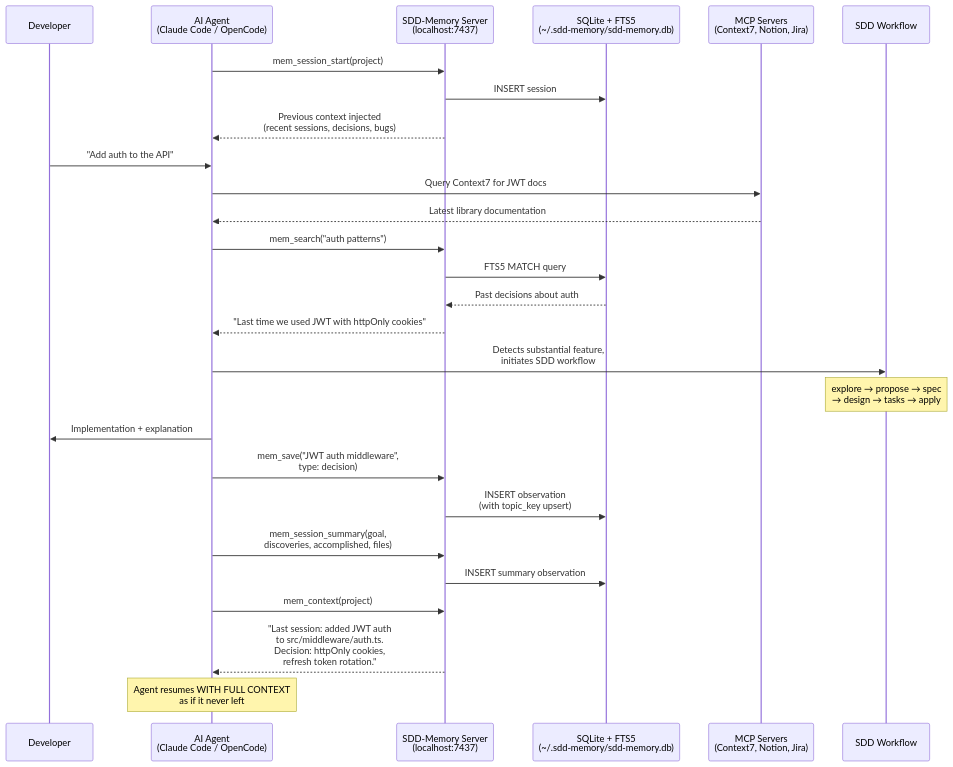
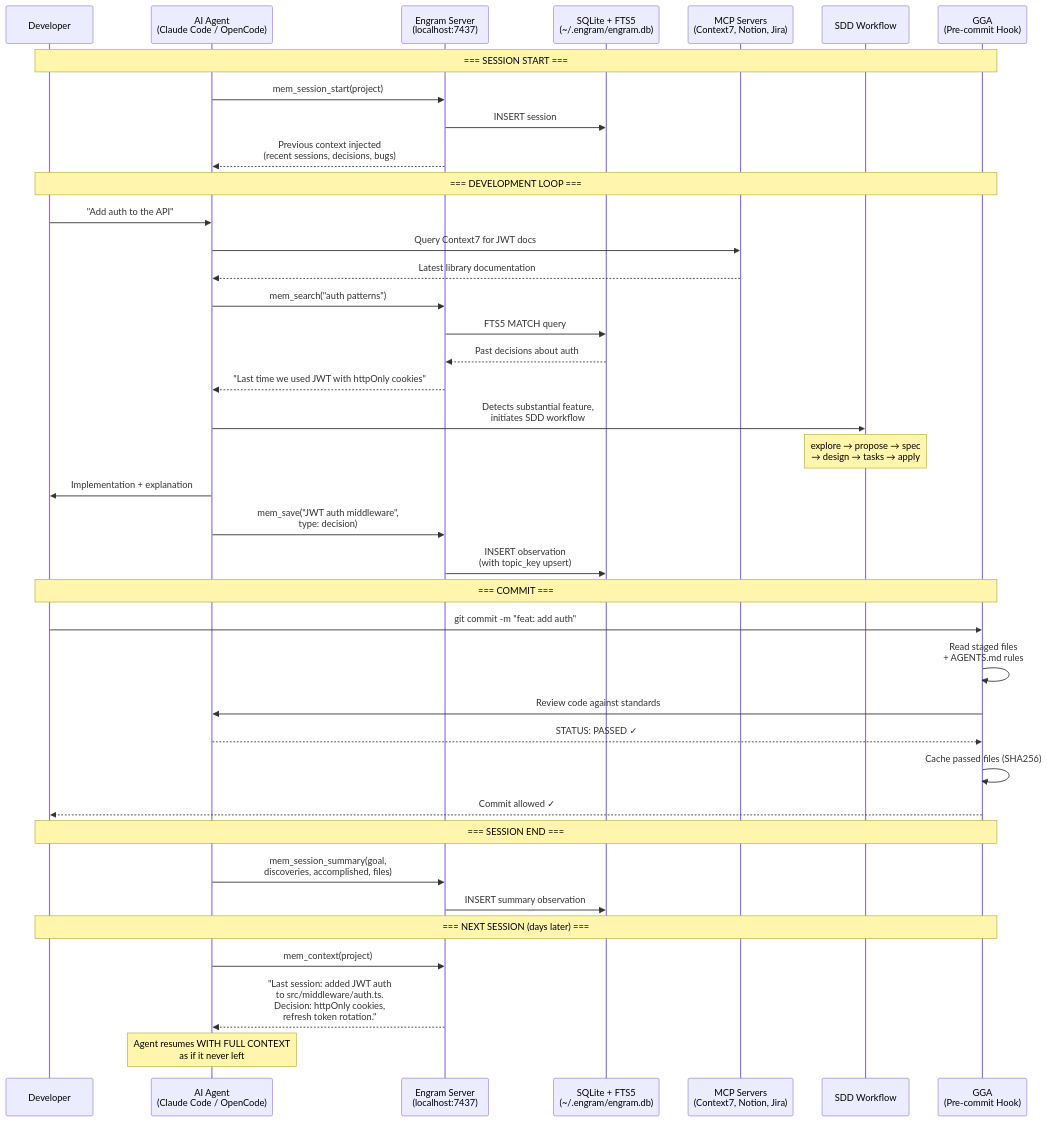
One commit to KevG1t/SpecAI changed the fifth of 7 diagrams in PRD.md. Above: the diagram before and after it, drawn with Mermaid. The commit also changed other lines of this file and 644 other files, not shown here.

````diff
--- a/PRD.md
+++ b/PRD.md
@@ -802,42 +880,54 @@
 ```mermaid
 sequenceDiagram
     participant Dev as Developer
     participant Agent as AI Agent<br/>(Claude Code / OpenCode)
-    participant SDD-Memory as SDD-Memory Server<br/>(localhost:7437)
-    participant DB as SQLite + FTS5<br/>(~/.sdd-memory/sdd-memory.db)
+    participant Engram as Engram Server<br/>(localhost:7437)
+    participant DB as SQLite + FTS5<br/>(~/.engram/engram.db)
     participant MCP as MCP Servers<br/>(Context7, Notion, Jira)
     participant SDD as SDD Workflow
+    participant GGA as GGA<br/>(Pre-commit Hook)
 
+    Note over Dev,GGA: === SESSION START ===
 
-    Agent->>SDD-Memory: mem_session_start(project)
-    SDD-Memory->>DB: INSERT session
-    SDD-Memory-->>Agent: Previous context injected<br/>(recent sessions, decisions, bugs)
+    Agent->>Engram: mem_session_start(project)
+    Engram->>DB: INSERT session
+    Engram-->>Agent: Previous context injected<br/>(recent sessions, decisions, bugs)
 
+    Note over Dev,GGA: === DEVELOPMENT LOOP ===
 
     Dev->>Agent: "Add auth to the API"
     Agent->>MCP: Query Context7 for JWT docs
     MCP-->>Agent: Latest library documentation
-    Agent->>SDD-Memory: mem_search("auth patterns")
-    SDD-Memory->>DB: FTS5 MATCH query
-    DB-->>SDD-Memory: Past decisions about auth
-    SDD-Memory-->>Agent: "Last time we used JWT with httpOnly cookies"
+    Agent->>Engram: mem_search("auth patterns")
+    Engram->>DB: FTS5 MATCH query
+    DB-->>Engram: Past decisions about auth
+    Engram-->>Agent: "Last time we used JWT with httpOnly cookies"
 
     Agent->>SDD: Detects substantial feature,<br/>initiates SDD workflow
     Note over SDD: explore → propose → spec<br/>→ design → tasks → apply
 
     Agent->>Dev: Implementation + explanation
 
-    Agent->>SDD-Memory: mem_save("JWT auth middleware",<br/>type: decision)
-    SDD-Memory->>DB: INSERT observation<br/>(with topic_key upsert)
+    Agent->>Engram: mem_save("JWT auth middleware",<br/>type: decision)
+    Engram->>DB: INSERT observation<br/>(with topic_key upsert)
 
+    Note over Dev,GGA: === COMMIT ===
 
+    Dev->>GGA: git commit -m "feat: add auth"
+    GGA->>GGA: Read staged files<br/>+ AGENTS.md rules
+    GGA->>Agent: Review code against standards
+    Agent-->>GGA: STATUS: PASSED ✓
+    GGA->>GGA: Cache passed files (SHA256)
+    GGA-->>Dev: Commit allowed ✓
 
+    Note over Dev,GGA: === SESSION END ===
 
-    Agent->>SDD-Memory: mem_session_summary(goal,<br/>discoveries, accomplished, files)
-    SDD-Memory->>DB: INSERT summary observation
+    Agent->>Engram: mem_session_summary(goal,<br/>discoveries, accomplished, files)
+    Engram->>DB: INSERT summary observation
 
+    Note over Dev,GGA: === NEXT SESSION (days later) ===
 
-    Agent->>SDD-Memory: mem_context(project)
-    SDD-Memory-->>Agent: "Last session: added JWT auth<br/>to src/middleware/auth.ts.<br/>Decision: httpOnly cookies,<br/>refresh token rotation."
+    Agent->>Engram: mem_context(project)
+    Engram-->>Agent: "Last session: added JWT auth<br/>to src/middleware/auth.ts.<br/>Decision: httpOnly cookies,<br/>refresh token rotation."
     Note over Agent: Agent resumes WITH FULL CONTEXT<br/>as if it never left
 ```
````
